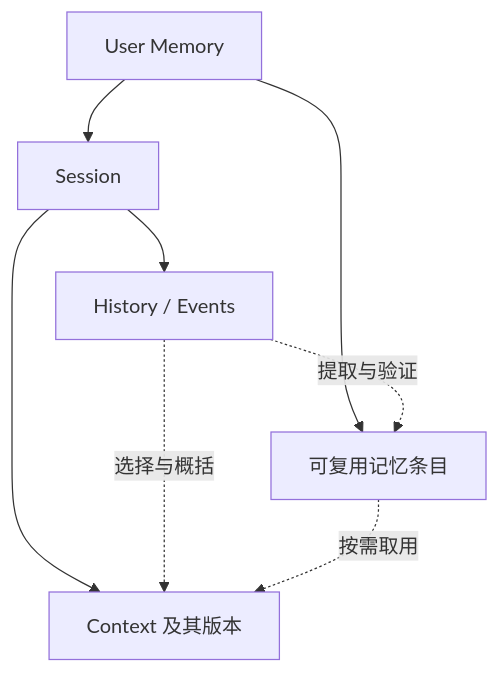
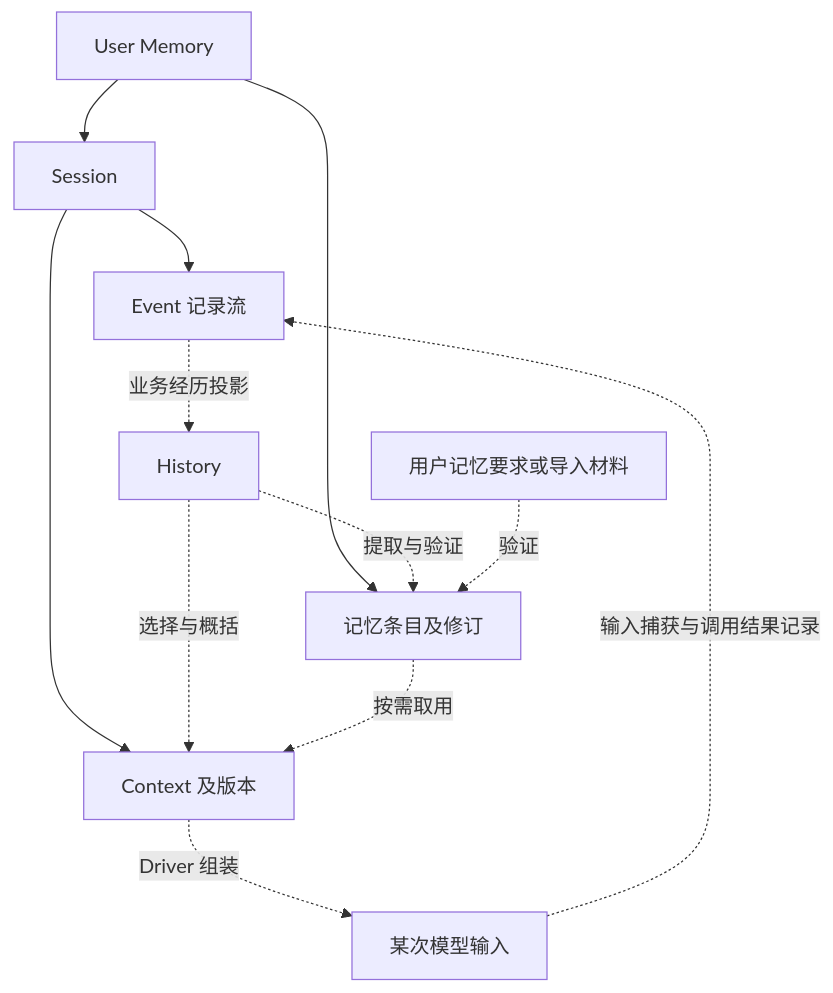
Before and after one commit to langsfang/ga: the first of 2 diagrams in docs/integration-protocol.md, drawn with Mermaid. The commit also changed other lines of this file and 4 other files, not shown here.

````diff
--- a/docs/integration-protocol.md
+++ b/docs/integration-protocol.md
@@ -74,15 +109,14 @@
 ```mermaid
 flowchart TB
-    U[User Memory]
-    S[Session]
-    H[History / Events]
-    C[Context 及其版本]
-    K[可复用记忆条目]
-    U --> S
-    U --> K
-    S --> H
-    S --> C
+    U[User Memory] --> S[Session]
+    U --> K[记忆条目及修订]
+    S --> E[Event 记录流]
+    E -.业务经历投影.-> H[History]
+    S --> C[Context 及版本]
     H -.选择与概括.-> C
     K -.按需取用.-> C
+    C -.Driver 组装.-> I[某次模型输入]
+    I -.输入捕获与调用结果记录.-> E
     H -.提取与验证.-> K
+    D[用户记忆要求或导入材料] -.验证.-> K
 ```
````
